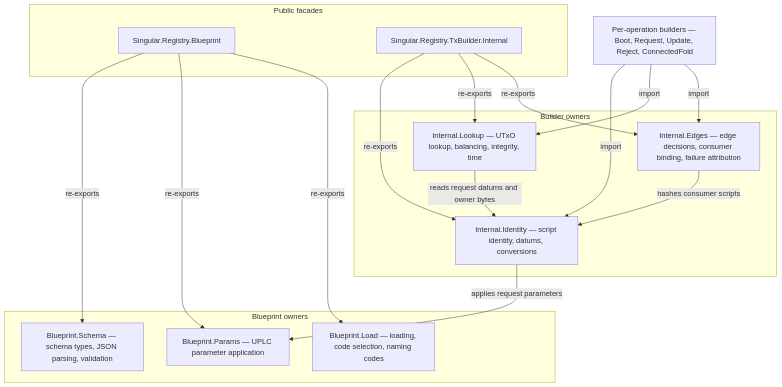
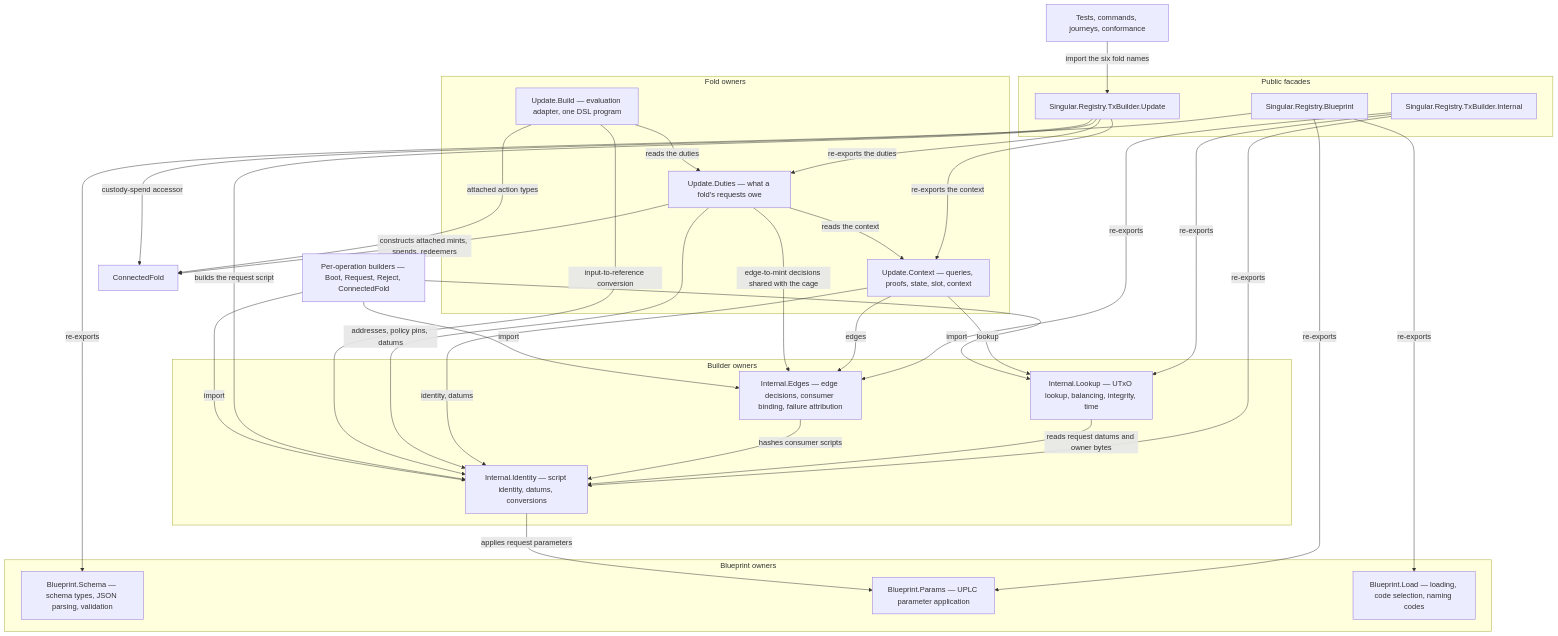
One commit to lambdasistemi/singular changed the diagram in docs/offchain-builder-blueprint.md. Above: the diagram before and after it, drawn with Mermaid. The commit also changed other lines of this file and 29 other files, not shown here.

First line of the commit message:
refactor: separate registry fold responsibilities #267 (#294)

````diff
--- a/docs/offchain-builder-blueprint.md
+++ b/docs/offchain-builder-blueprint.md
@@ -13,30 +13,51 @@
 ```mermaid
 flowchart TD
     subgraph Public facades
         BP[Singular.Registry.Blueprint]
         TI[Singular.Registry.TxBuilder.Internal]
+        UF[Singular.Registry.TxBuilder.Update]
     end
     subgraph Blueprint owners
         BS[Blueprint.Schema — schema types, JSON parsing, validation]
         BA[Blueprint.Params — UPLC parameter application]
         BL[Blueprint.Load — loading, code selection, naming codes]
     end
     subgraph Builder owners
         BI[Internal.Identity — script identity, datums, conversions]
         BU[Internal.Lookup — UTxO lookup, balancing, integrity, time]
         BE[Internal.Edges — edge decisions, consumer binding, failure attribution]
     end
+    subgraph Fold owners
+        UC[Update.Context — queries, proofs, state, slot, context]
+        UD[Update.Duties — what a fold's requests owe]
+        UB[Update.Build — evaluation adapter, one DSL program]
+    end
     BP -->|re-exports| BS
     BP -->|re-exports| BA
     BP -->|re-exports| BL
     TI -->|re-exports| BI
     TI -->|re-exports| BU
     TI -->|re-exports| BE
+    UF -->|re-exports the context| UC
+    UF -->|re-exports the duties| UD
     BI -->|applies request parameters| BA
     BU -->|reads request datums and owner bytes| BI
     BE -->|hashes consumer scripts| BI
-    Builders[Per-operation builders — Boot, Request, Update, Reject, ConnectedFold]
+    UC -->|identity, datums| BI
+    UC -->|lookup| BU
+    UC -->|edges| BE
+    UD -->|reads the context| UC
+    UD -->|edge-to-mint decisions shared with the cage| BE
+    UD -->|addresses, policy pins, datums| BI
+    UD -->|constructs attached mints, spends, redeemers| CF[ConnectedFold]
+    UB -->|reads the duties| UD
+    UB -->|input-to-reference conversion| BI
+    UB -->|attached action types| CF
+    UF -->|builds the request script| BI
+    UF -->|custody-spend accessor| CF
+    Builders[Per-operation builders — Boot, Request, Reject, ConnectedFold]
     Builders -->|import| BI
     Builders -->|import| BU
     Builders -->|import| BE
+    Callers[Tests, commands, journeys, conformance] -->|import the six fold names| UF
 ```
````
